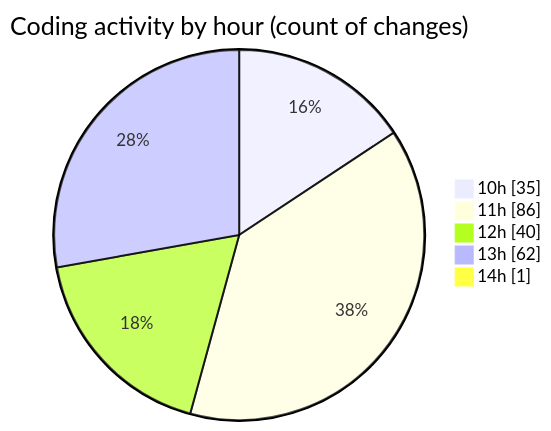
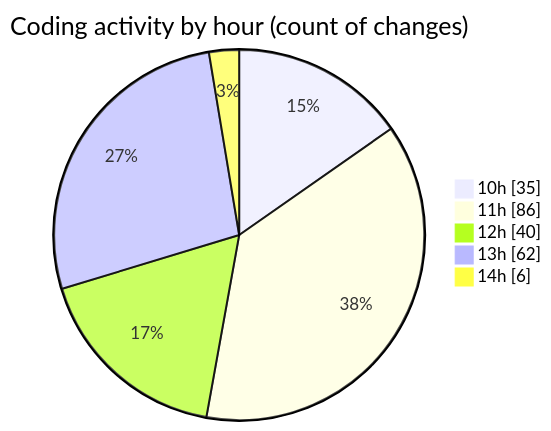
Before and after one commit to momahboobian/code-tracking: the second of 2 diagrams in 2025-03-28/cda/README.md, drawn with Mermaid. The commit also changed other lines of this file and 1 other file, not shown here.

````diff
--- a/2025-03-28/cda/README.md
+++ b/2025-03-28/cda/README.md
@@ -36,9 +36,9 @@
 ```mermaid
 pie showData
 title Coding activity by hour (count of changes)
 "10h" : 35
 "11h" : 86
 "12h" : 40
 "13h" : 62
-"14h" : 1
+"14h" : 6
 ```
````
